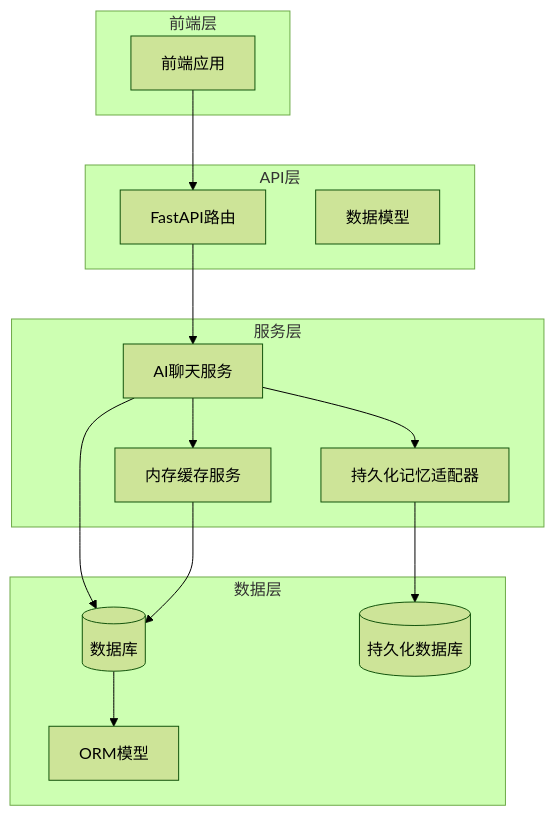
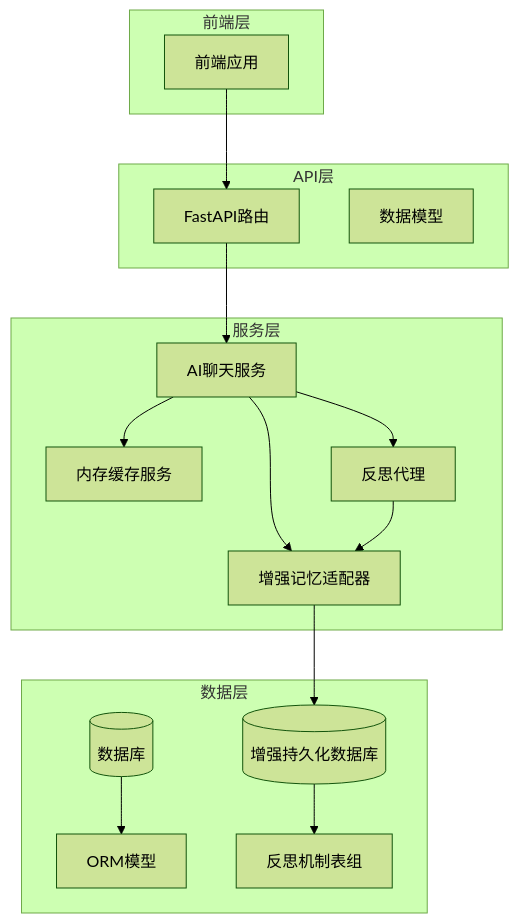
Before and after one commit to xfbyxq/ai-novel-system: the first of 8 diagrams in .qoder/repowiki/zh/content/Memory Service.md, drawn with Mermaid (forest theme). The commit also changed other lines of this file and 11 other files, not shown here.

````diff
--- a/.qoder/repowiki/zh/content/Memory Service.md
+++ b/.qoder/repowiki/zh/content/Memory Service.md
@@ -45,28 +47,31 @@
 ```mermaid
 graph TB
 subgraph "前端层"
 FE[前端应用]
 end
 subgraph "API层"
 API[FastAPI路由]
 SCHEMAS[数据模型]
 end
 subgraph "服务层"
 AI_CHAT_SERVICE[AI聊天服务]
 MEMORY_SERVICE[内存缓存服务]
-PERSISTENT_ADAPTER[持久化记忆适配器]
+PERSISTENT_ADAPTER[增强记忆适配器]
+REFLECTION_AGENT[反思代理]
 end
 subgraph "数据层"
 DB[(数据库)]
 MODELS[ORM模型]
-PERSISTENT_DB[(持久化数据库)]
+PERSISTENT_DB[(增强持久化数据库)]
+REFLECTION_TABLES[反思机制表组]
 end
 FE --> API
 API --> AI_CHAT_SERVICE
 AI_CHAT_SERVICE --> MEMORY_SERVICE
 AI_CHAT_SERVICE --> PERSISTENT_ADAPTER
-AI_CHAT_SERVICE --> DB
-MEMORY_SERVICE --> DB
+AI_CHAT_SERVICE --> REFLECTION_AGENT
+REFLECTION_AGENT --> PERSISTENT_ADAPTER
 PERSISTENT_ADAPTER --> PERSISTENT_DB
+PERSISTENT_DB --> REFLECTION_TABLES
 DB --> MODELS
 ```
````
